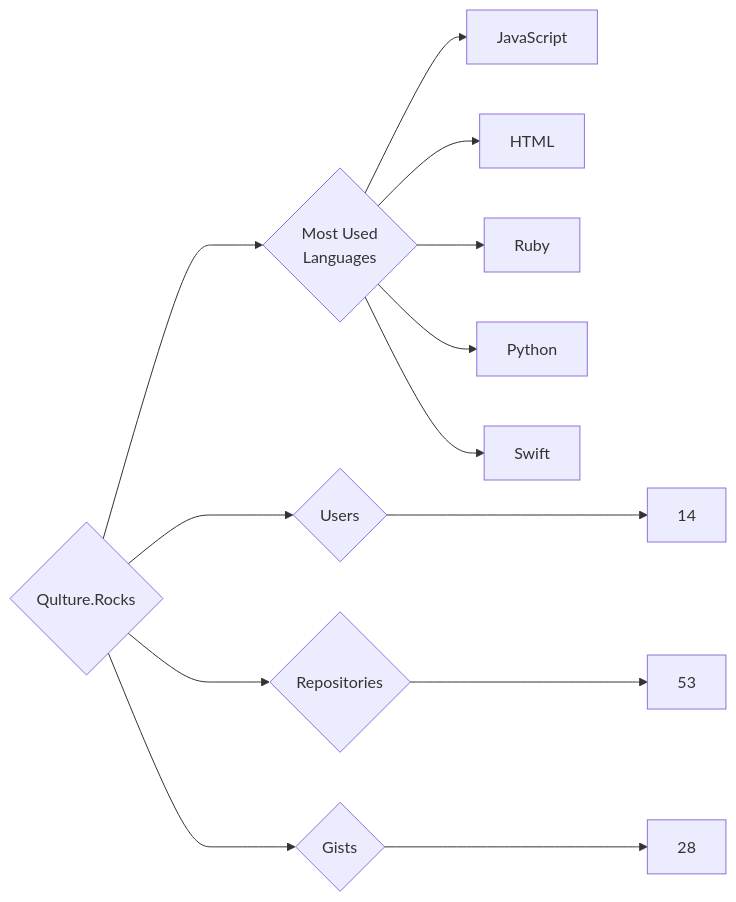
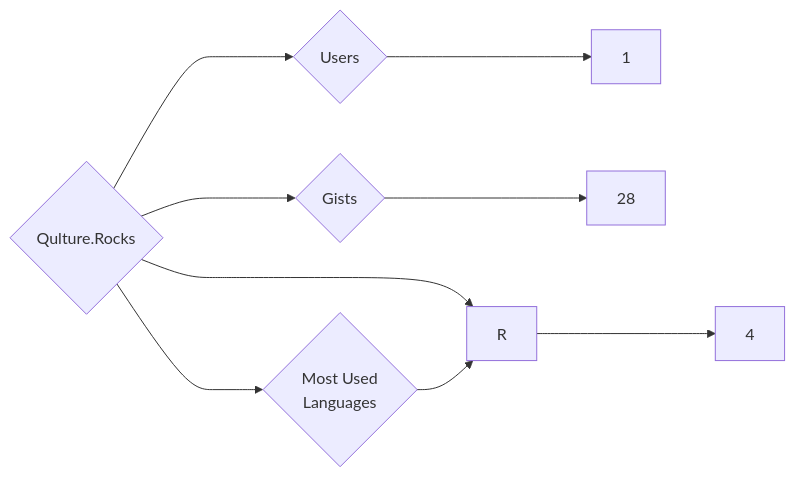
One commit to trickest/insiders changed the diagram in targets/Qulture.Rocks/README.md. Above: the diagram before and after it, drawn with Mermaid. The commit also changed 953 other files, not shown here.

````diff
--- a/targets/Qulture.Rocks/README.md
+++ b/targets/Qulture.Rocks/README.md
@@ -3,13 +3,9 @@
 ```mermaid
 graph LR
 COMPANY_NAME{Qulture.Rocks}
-COMPANY_NAME ---> U{Users} ---> UN[14]
-COMPANY_NAME ---> R{Repositories} ---> RN[53]
+COMPANY_NAME ---> U{Users} ---> UN[1]
+COMPANY_NAME ---> R{Repositories} ---> RN[4]
 COMPANY_NAME ---> G{Gists} ---> GN[28]
 COMPANY_NAME ---> ML{Most Used<br>Languages}
-ML --> JavaScript[JavaScript]
-ML --> HTML[HTML]
-ML --> Ruby[Ruby]
-ML --> Python[Python]
-ML --> Swift[Swift]
+ML --> R[R]
 ```
````
